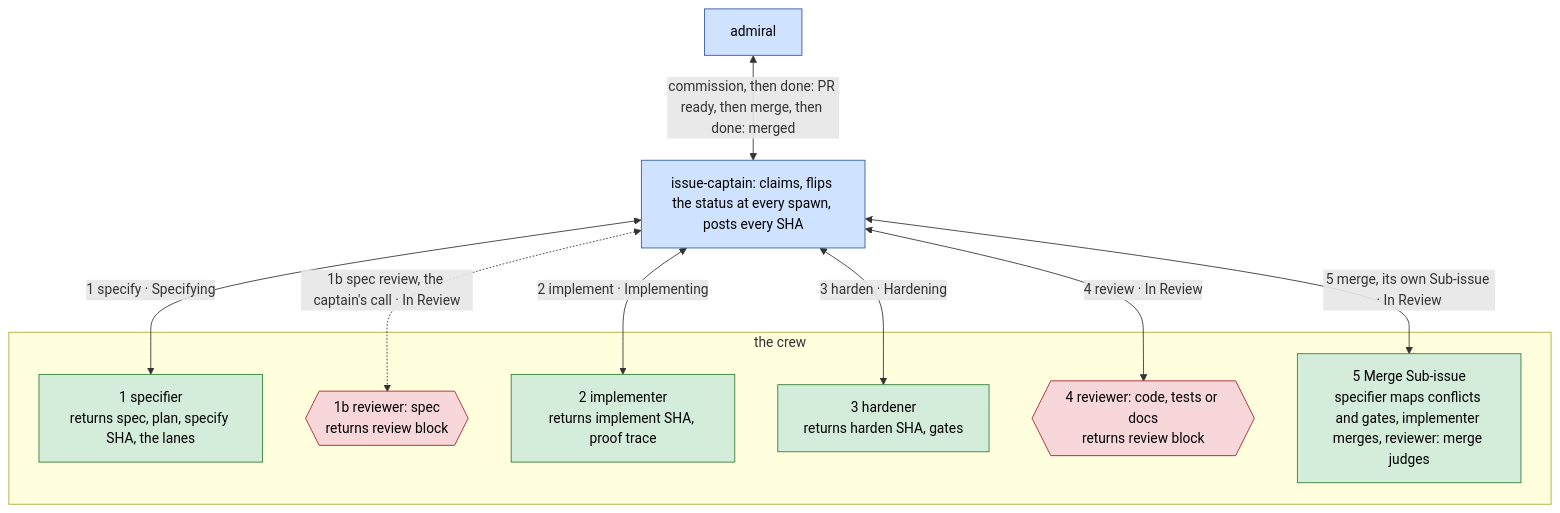
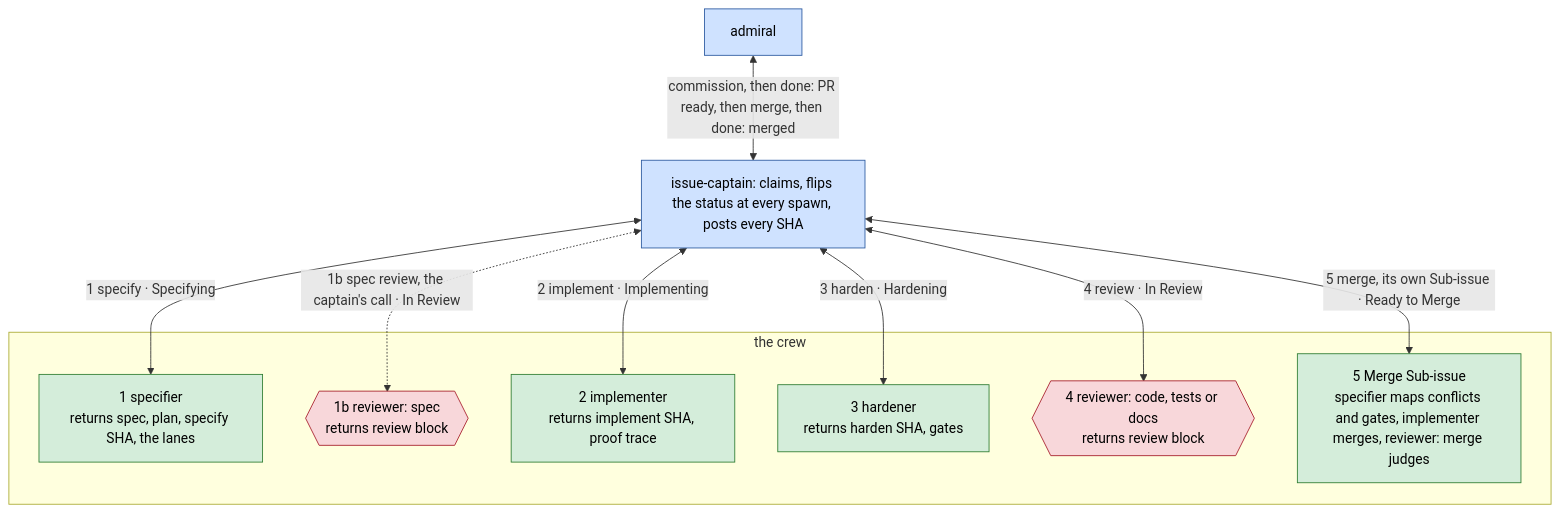
The second of 12 diagrams in dydo/understand/control-flow.md (bodnarbalazs/dydo), drawn with Mermaid before and after one commit. The commit also changed other lines of this file and 6 other files, not shown here.

First line of the commit message:
docs: DR 047 second grill: Ready to Merge, priority, the two wake signals, two tiers; setup guide; standard and map amended

````diff
--- a/dydo/understand/control-flow.md
+++ b/dydo/understand/control-flow.md
@@ -127,22 +127,22 @@
 ```mermaid
 flowchart TD
   classDef hat fill:#cfe2ff,stroke:#2c5aa0,color:#000
   classDef worker fill:#d4edda,stroke:#2e7d32,color:#000
   classDef reviewer fill:#f8d7da,stroke:#a71d2a,color:#000
 
   AD[admiral]:::hat <-->|"commission, then done: PR ready, then merge, then done: merged"| IC[issue-captain: claims, flips the status at every spawn, posts every SHA]:::hat
   IC <-->|"1 specify · Specifying"| SP
   IC <-.->|"1b spec review, the captain's call · In Review"| RS
   IC <-->|"2 implement · Implementing"| IM
   IC <-->|"3 harden · Hardening"| HD
   IC <-->|"4 review · In Review"| RC
-  IC <-->|"5 merge, its own Sub-issue · In Review"| MG
+  IC <-->|"5 merge, its own Sub-issue · Ready to Merge"| MG
   subgraph CREW [the crew]
     SP[1 specifier<br>returns spec, plan, specify SHA, the lanes]:::worker
     RS{{1b reviewer: spec<br>returns review block}}:::reviewer
     IM[2 implementer<br>returns implement SHA, proof trace]:::worker
     HD[3 hardener<br>returns harden SHA, gates]:::worker
     RC{{4 reviewer: code, tests or docs<br>returns review block}}:::reviewer
     MG[5 Merge Sub-issue<br>specifier maps conflicts and gates, implementer merges, reviewer: merge judges]:::worker
   end
 ```
````
